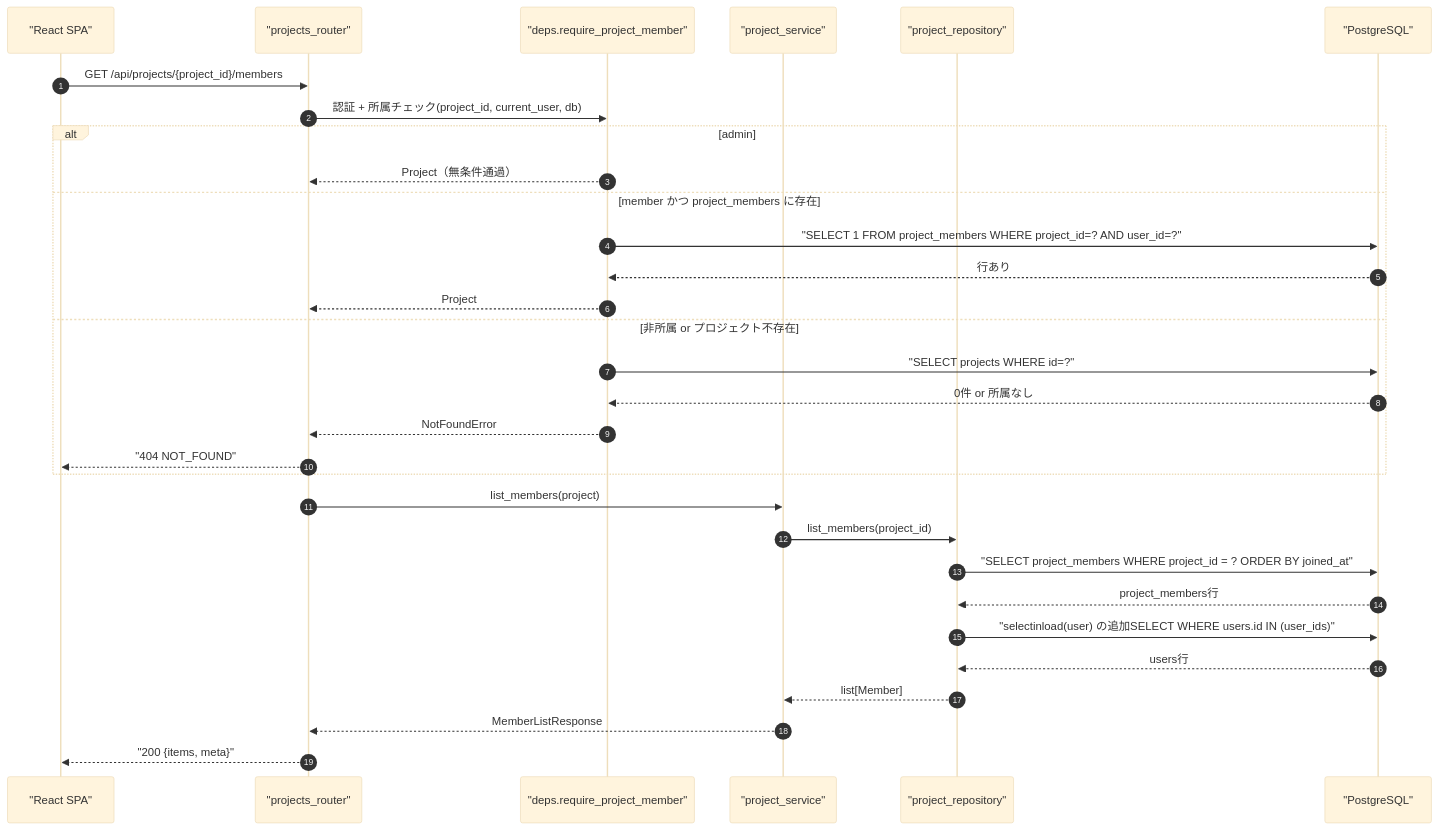
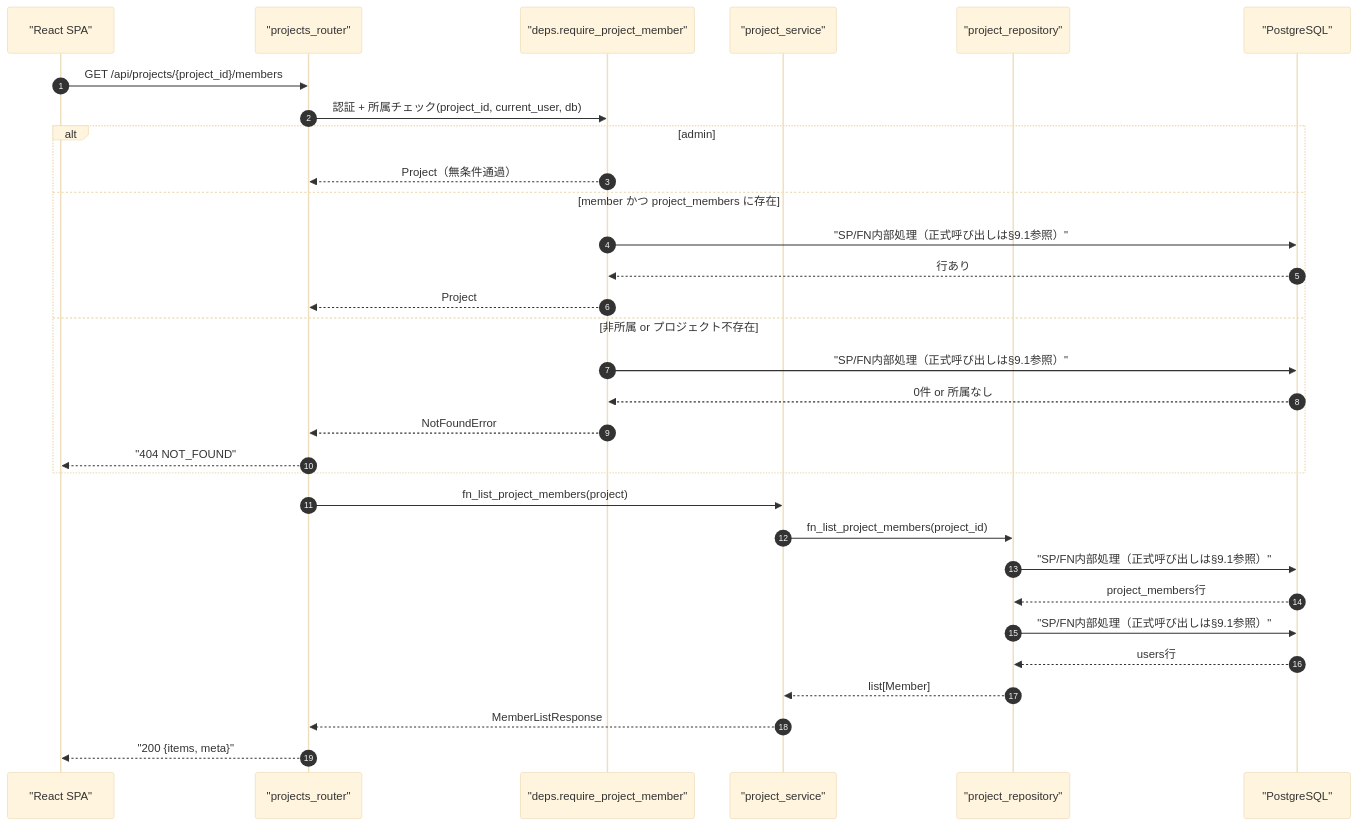
The first of 4 diagrams in detailed_design/api/projects/06_get_project_members.md (oikawa-d/task_management), drawn with Mermaid (base theme) before and after one commit. The commit also changed other lines of this file and 58 other files, not shown here.

````diff
--- a/detailed_design/api/projects/06_get_project_members.md
+++ b/detailed_design/api/projects/06_get_project_members.md
@@ -93,34 +93,34 @@
 ```mermaid
 sequenceDiagram
     autonumber
     participant FE as "React SPA"
     participant R as "projects_router"
     participant D as "deps.require_project_member"
     participant S as "project_service"
     participant RP as "project_repository"
     participant PG as "PostgreSQL"
 
     FE->>R: GET /api/projects/{project_id}/members
     R->>D: 認証 + 所属チェック(project_id, current_user, db)
     alt admin
         D-->>R: Project（無条件通過）
     else member かつ project_members に存在
-        D->>PG: "SELECT 1 FROM project_members WHERE project_id=? AND user_id=?"
+        D->>PG: "SP/FN内部処理（正式呼び出しは§9.1参照）"
         PG-->>D: 行あり
         D-->>R: Project
     else 非所属 or プロジェクト不存在
-        D->>PG: "SELECT projects WHERE id=?"
+        D->>PG: "SP/FN内部処理（正式呼び出しは§9.1参照）"
         PG-->>D: 0件 or 所属なし
         D-->>R: NotFoundError
         R-->>FE: "404 NOT_FOUND"
     end
-    R->>S: list_members(project)
-    S->>RP: list_members(project_id)
-    RP->>PG: "SELECT project_members WHERE project_id = ? ORDER BY joined_at"
+    R->>S: fn_list_project_members(project)
+    S->>RP: fn_list_project_members(project_id)
+    RP->>PG: "SP/FN内部処理（正式呼び出しは§9.1参照）"
     PG-->>RP: project_members行
-    RP->>PG: "selectinload(user) の追加SELECT WHERE users.id IN (user_ids)"
+    RP->>PG: "SP/FN内部処理（正式呼び出しは§9.1参照）"
     PG-->>RP: users行
     RP-->>S: list[Member]
     S-->>R: MemberListResponse
     R-->>FE: "200 {items, meta}"
 ```
````
